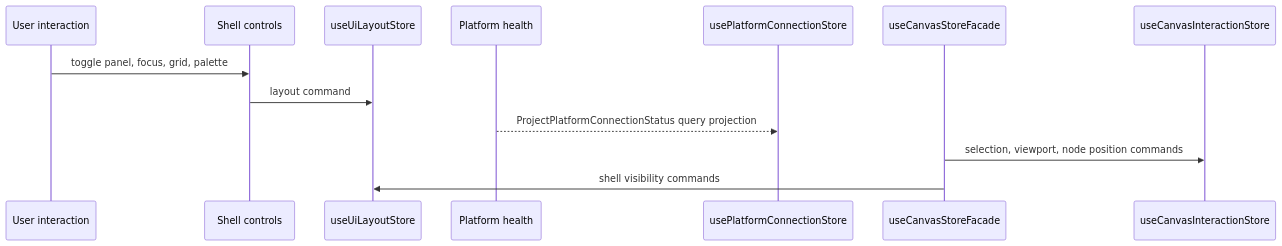
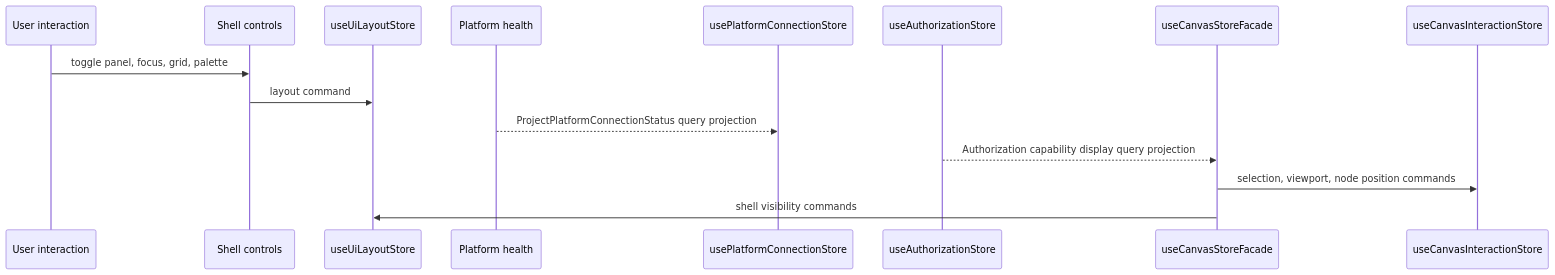
One commit to dunay2/dvt changed the first of 2 diagrams in docs/architecture/components/web/web-store-domain-ownership-local-guide.md. Above: the diagram before and after it, drawn with Mermaid. The commit also changed other lines of this file and 26 other files, not shown here.

Commit message:
refactor(web): Hard cut authorization store ownership

````diff
--- a/docs/architecture/components/web/web-store-domain-ownership-local-guide.md
+++ b/docs/architecture/components/web/web-store-domain-ownership-local-guide.md
@@ -45,16 +53,18 @@
 ```mermaid
 sequenceDiagram
   participant User as User interaction
   participant Shell as Shell controls
   participant Layout as useUiLayoutStore
   participant Health as Platform health
   participant Status as usePlatformConnectionStore
+  participant Auth as useAuthorizationStore
   participant Canvas as useCanvasStoreFacade
   participant Interaction as useCanvasInteractionStore
 
   User->>Shell: toggle panel, focus, grid, palette
   Shell->>Layout: layout command
   Health-->>Status: ProjectPlatformConnectionStatus query projection
+  Auth-->>Canvas: Authorization capability display query projection
   Canvas->>Interaction: selection, viewport, node position commands
   Canvas->>Layout: shell visibility commands
 ```
````
